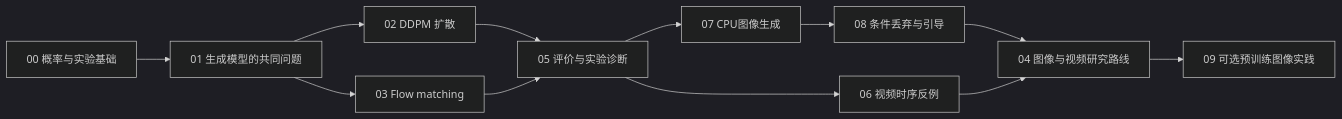
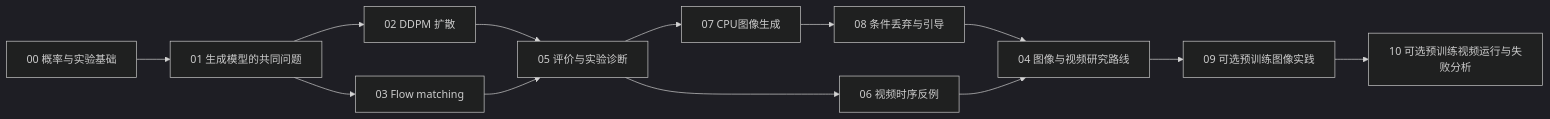
The diagram in docs/learning-path.md (Fengyee/genai_study), drawn with Mermaid (dark theme) before and after one commit. The commit also changed other lines of this file and 31 other files, not shown here.

Commit message:
docs: complete SVD CPU video evidence and analyze full-sequence failure

````diff
--- a/docs/learning-path.md
+++ b/docs/learning-path.md
@@ -28,16 +28,17 @@
 ```mermaid
 flowchart LR
   accTitle: GenAI学习依赖图
-  accDescr: 00接01，随后分为02和03，两者汇入05。05之后分为07接08和06两条实践路线，汇入04；09是04后的可选实践。
+  accDescr: 00接01，随后分为02和03，两者汇入05。05之后分为07接08和06两条实践路线，汇入04；09是04后的可选图像实践，随后10连接预训练视频运行与失败分析。
   A[00 概率与实验基础] --> B[01 生成模型的共同问题]
   B --> C[02 DDPM 扩散]
   B --> D[03 Flow matching]
   C --> F[05 评价与实验诊断]
   D --> F
   F --> H[07 CPU图像生成]
   H --> I[08 条件丢弃与引导]
   I --> E[04 图像与视频研究路线]
   F --> G[06 视频时序反例]
   G --> E[04 图像与视频研究路线]
   E --> J[09 可选预训练图像实践]
+  J --> K[10 可选预训练视频运行与失败分析]
 ```
````
